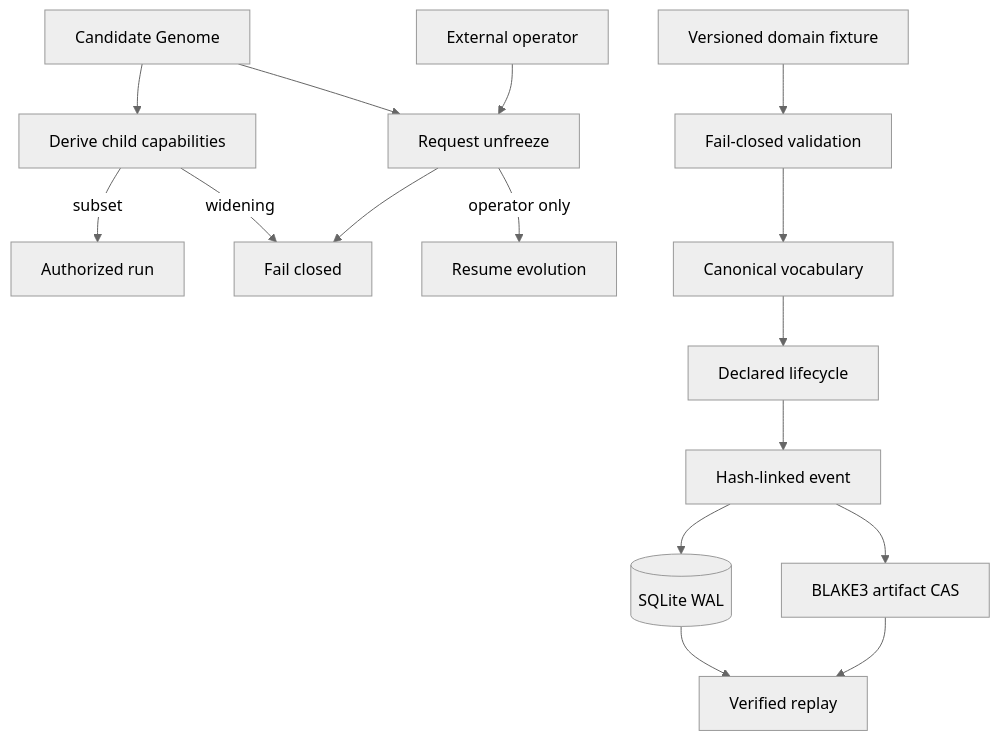
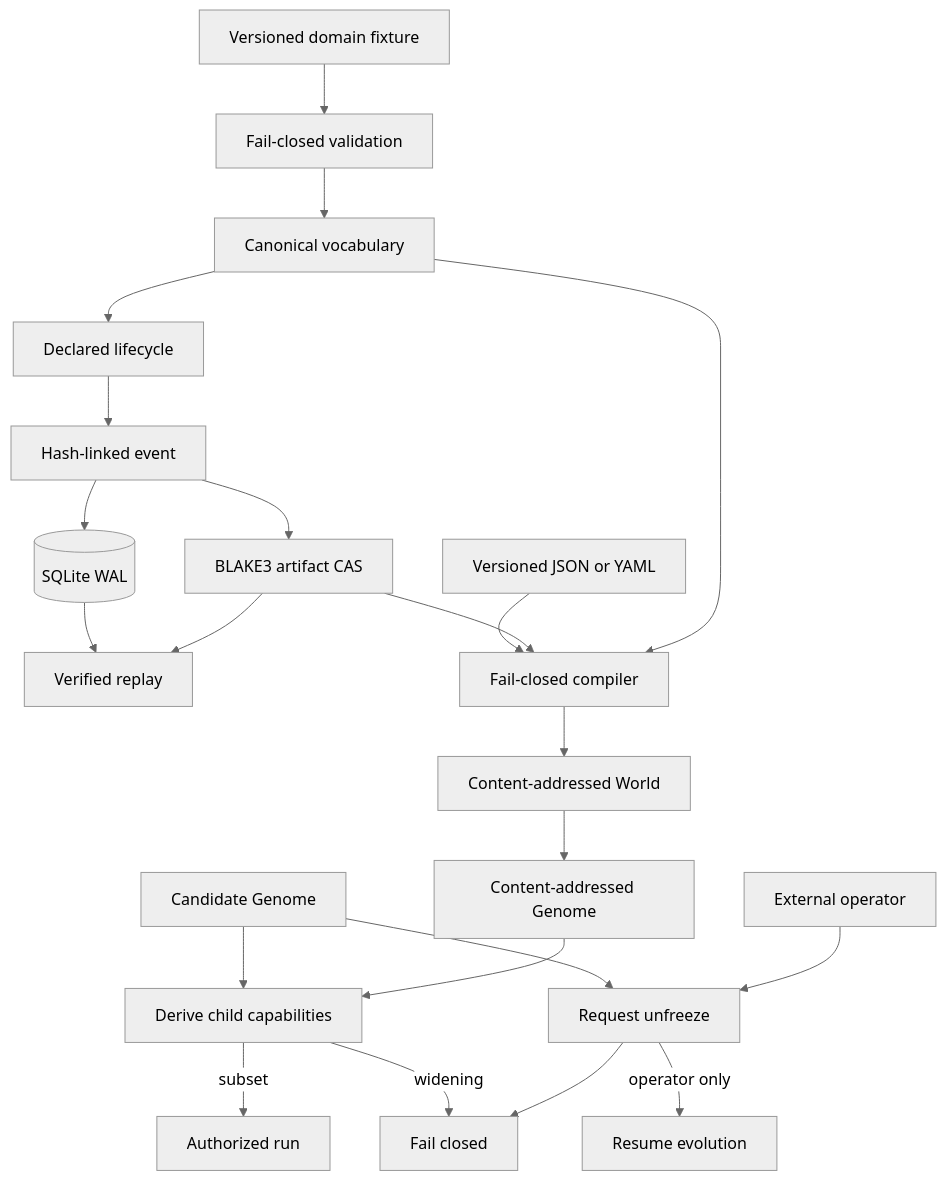
One commit to randyren278/Hephaestus changed the diagram in docs/ARCHITECTURE.md. Above: the diagram before and after it, drawn with Mermaid (neutral theme). The commit also changed other lines of this file and 16 other files, not shown here.

Commit message:
Compile immutable Genomes under versioned Worlds

````diff
--- a/docs/ARCHITECTURE.md
+++ b/docs/ARCHITECTURE.md
@@ -5,18 +5,24 @@
 ```mermaid
 flowchart TD
     Candidate[Candidate Genome] --> Derive[Derive child capabilities]
     Derive -->|subset| Run[Authorized run]
     Derive -->|widening| Deny[Fail closed]
     Candidate --> Unfreeze[Request unfreeze]
     Unfreeze --> Deny
     Operator[External operator] --> Unfreeze
     Unfreeze -->|operator only| Resume[Resume evolution]
     Fixture[Versioned domain fixture] --> Validate[Fail-closed validation]
     Validate --> Vocabulary[Canonical vocabulary]
     Vocabulary --> Lifecycle[Declared lifecycle]
     Lifecycle --> Event[Hash-linked event]
     Event --> SQLite[(SQLite WAL)]
     Event --> CAS[BLAKE3 artifact CAS]
     SQLite --> Replay[Verified replay]
     CAS --> Replay
+    Source[Versioned JSON or YAML] --> Compile[Fail-closed compiler]
+    CAS --> Compile
+    Vocabulary --> Compile
+    Compile --> World[Content-addressed World]
+    World --> Genome[Content-addressed Genome]
+    Genome --> Derive
 ```
````
